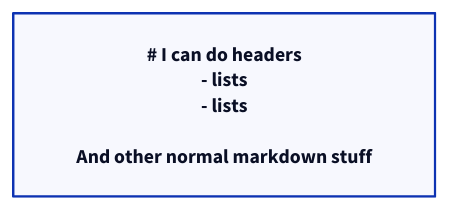
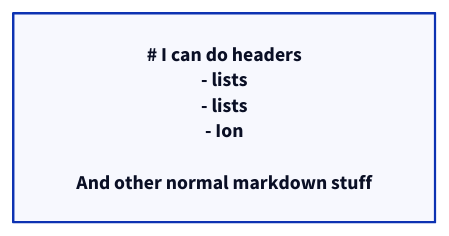
Before and after one commit to aleczandru1989/architectural-recipes: the diagram in microfrontends/diagrams/application.d2, drawn with D2. The commit also changed 1 other file, not shown here.

```diff
--- a/microfrontends/diagrams/application.d2
+++ b/microfrontends/diagrams/application.d2
@@ -1,9 +1,10 @@
 explanation: |md
   # I can do headers
   - lists
   - lists
+  - Ion
 
   And other normal markdown stuff
 |
 # Explicitly declare, even though the default shape is rectangle
 explanation.shape: rectangle
```
